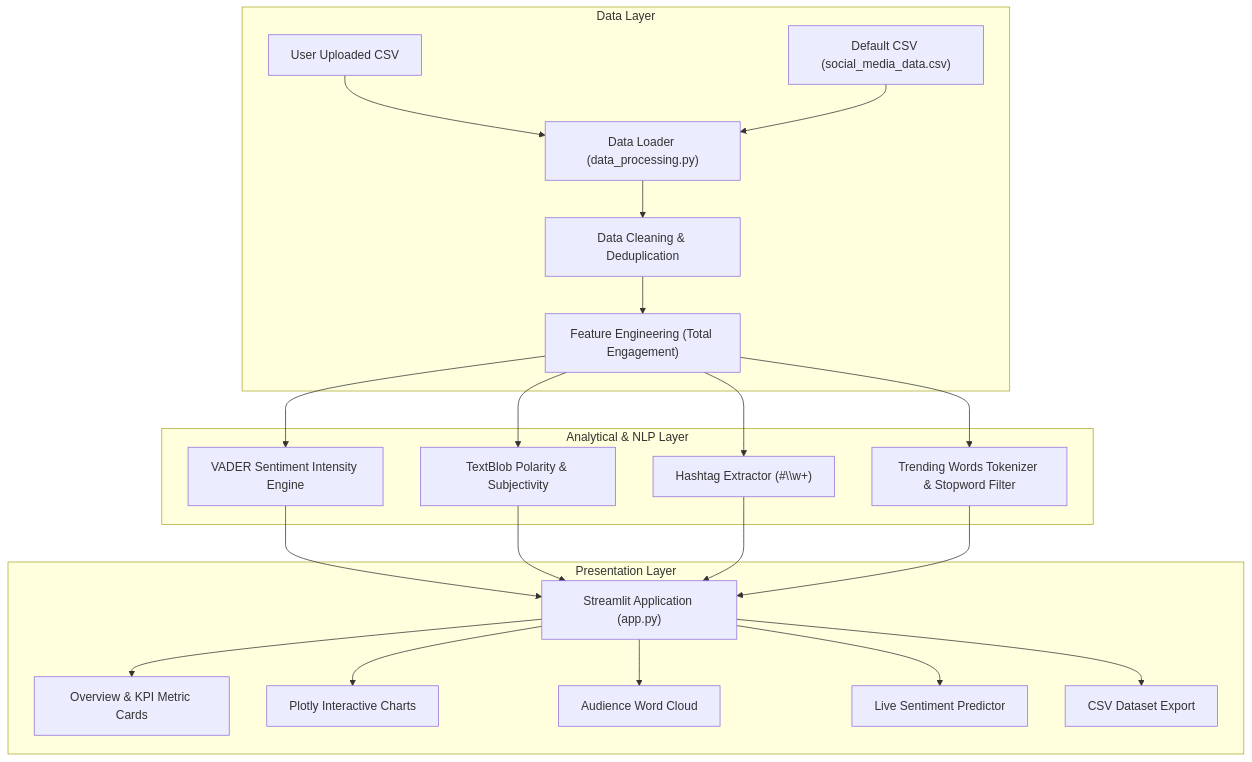
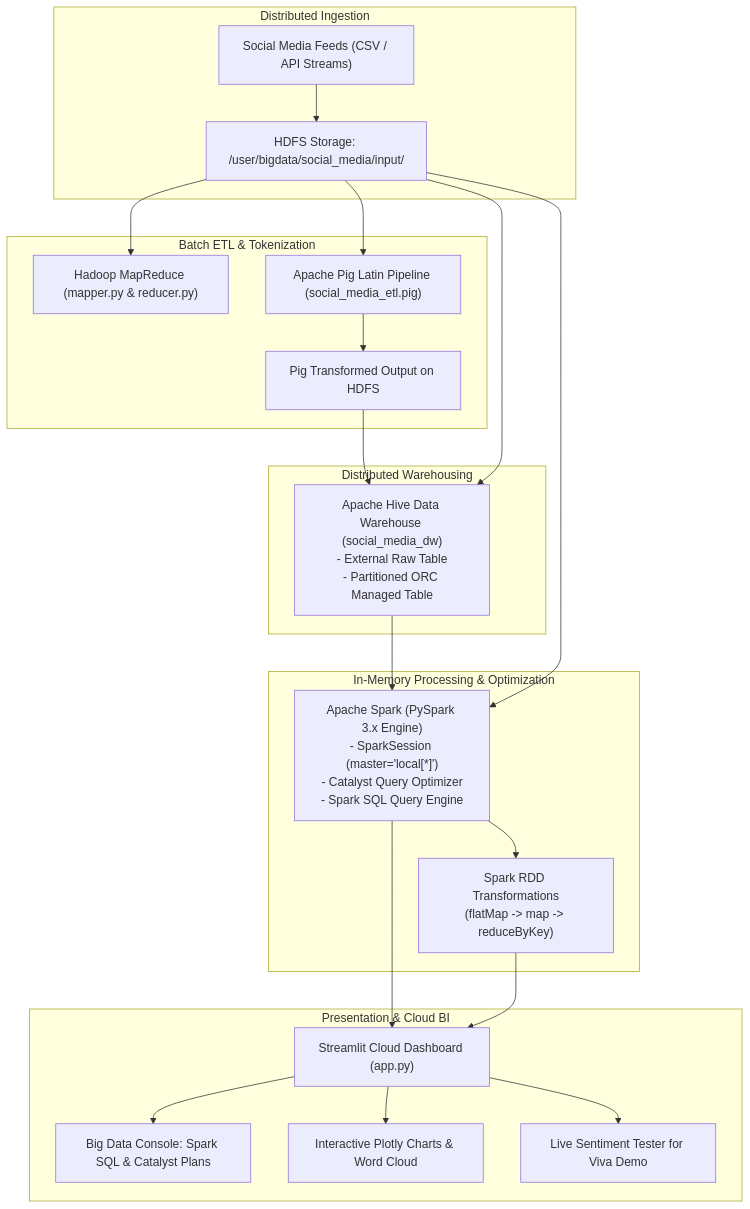
One commit to ShaikSanaFarooha/Social-Media-Analytics changed the diagram in PROJECT_REPORT.md. Above: the diagram before and after it, drawn with Mermaid. The commit also changed other lines of this file and 12 other files, not shown here.

Commit message:
Integrate Big Data Stack: Apache Spark, Apache Hive, Apache Pig, and Hadoop

````diff
--- a/PROJECT_REPORT.md
+++ b/PROJECT_REPORT.md
@@ -242,25 +215,28 @@
 ```mermaid
 flowchart TD
-    subgraph Data Layer
-        A1["User Uploaded CSV"] --> B1["Data Loader (data_processing.py)"]
-        A2["Default CSV (social_media_data.csv)"] --> B1
-        B1 --> B2["Data Cleaning & Deduplication"]
-        B2 --> B3["Feature Engineering (Total Engagement)"]
+    subgraph Distributed Ingestion
+        A["Social Media Feeds (CSV / API Streams)"] --> B["HDFS Storage: /user/bigdata/social_media/input/"]
     end
 
-    subgraph Analytical & NLP Layer
-        B3 --> C1["VADER Sentiment Intensity Engine"]
-        B3 --> C2["TextBlob Polarity & Subjectivity"]
-        B3 --> C3["Hashtag Extractor (#\\w+)"]
-        B3 --> C4["Trending Words Tokenizer & Stopword Filter"]
+    subgraph Batch ETL & Tokenization
+        B --> C["Hadoop MapReduce (mapper.py & reducer.py)"]
+        B --> D["Apache Pig Latin Pipeline (social_media_etl.pig)"]
+        D --> E["Pig Transformed Output on HDFS"]
     end
 
-    subgraph Presentation Layer
-        C1 & C2 & C3 & C4 --> D1["Streamlit Application (app.py)"]
-        D1 --> E1["Overview & KPI Metric Cards"]
-        D1 --> E2["Plotly Interactive Charts"]
-        D1 --> E3["Audience Word Cloud"]
-        D1 --> E4["Live Sentiment Predictor"]
-        D1 --> E5["CSV Dataset Export"]
+    subgraph Distributed Warehousing
+        E & B --> F["Apache Hive Data Warehouse (social_media_dw)\n- External Raw Table\n- Partitioned ORC Managed Table"]
+    end
+
+    subgraph In-Memory Processing & Optimization
+        F & B --> G["Apache Spark (PySpark 3.x Engine)\n- SparkSession (master='local[*]')\n- Catalyst Query Optimizer\n- Spark SQL Query Engine"]
+        G --> H["Spark RDD Transformations\n(flatMap -> map -> reduceByKey)"]
+    end
+
+    subgraph Presentation & Cloud BI
+        G & H --> I["Streamlit Cloud Dashboard (app.py)"]
+        I --> J["Big Data Console: Spark SQL & Catalyst Plans"]
+        I --> K["Interactive Plotly Charts & Word Cloud"]
+        I --> L["Live Sentiment Tester for Viva Demo"]
     end
 ```
````
